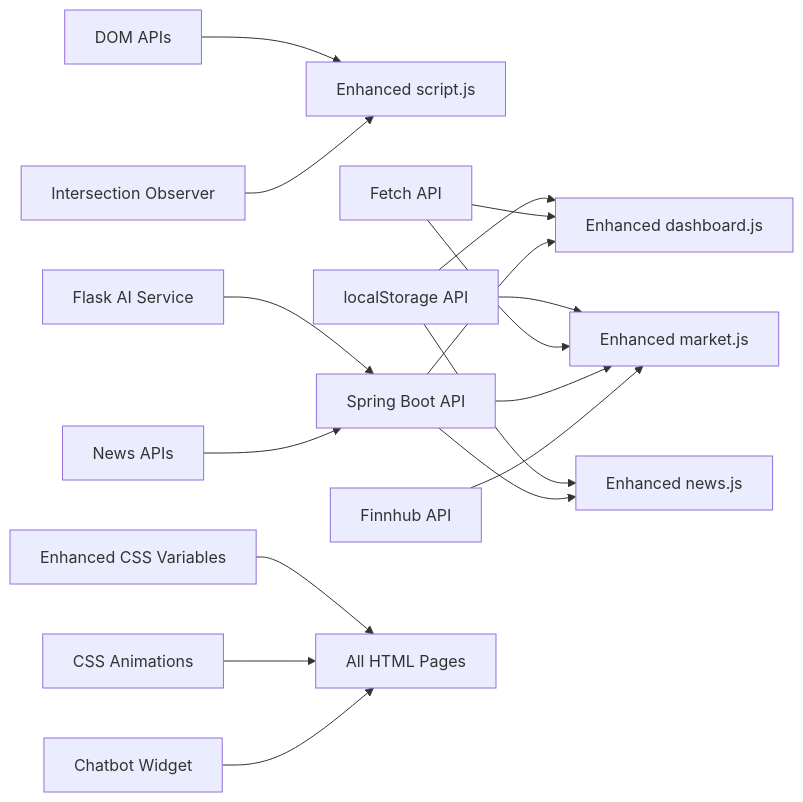
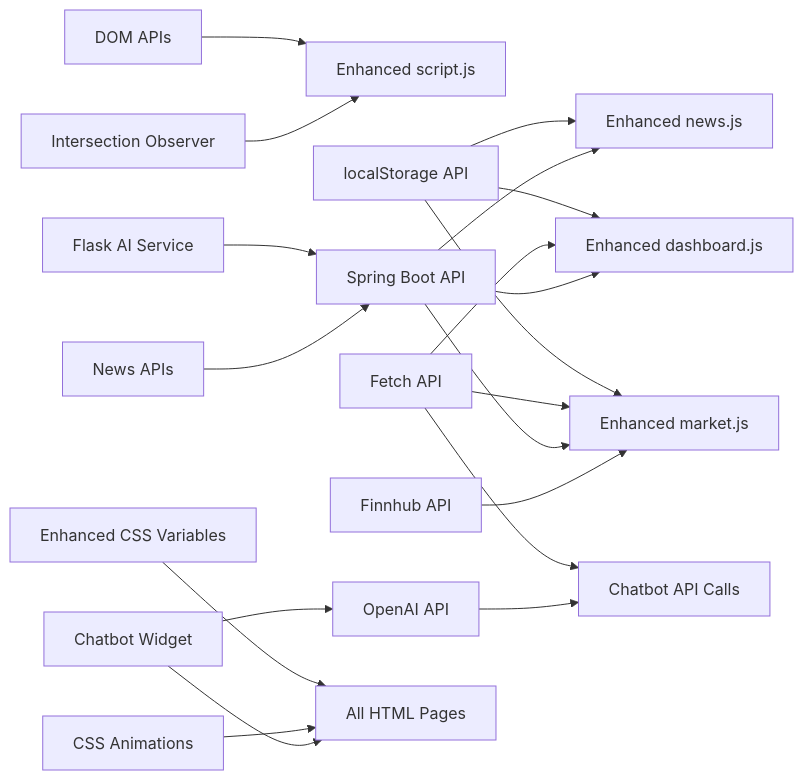
One commit to ayushtiwari1526/TheReinforcers_AyushTiwari changed the eighth of 8 diagrams in .qoder/repowiki/en/content/JavaScript Implementation.md. Above: the diagram before and after it, drawn with Mermaid. The commit also changed other lines of this file and 9 other files, not shown here.

````diff
--- a/.qoder/repowiki/en/content/JavaScript Implementation.md
+++ b/.qoder/repowiki/en/content/JavaScript Implementation.md
@@ -377,19 +426,22 @@
 ```mermaid
 graph LR
 DOM["DOM APIs"] --> Script["Enhanced script.js"]
 LocalStorage["localStorage API"] --> NewsJS["Enhanced news.js"]
 LocalStorage --> MarketJS["Enhanced market.js"]
 LocalStorage --> DashboardJS["Enhanced dashboard.js"]
 Fetch["Fetch API"] --> DashboardJS
 Fetch --> MarketJS
+Fetch --> ChatbotJS["Chatbot API Calls"]
 Backend["Spring Boot API"] --> DashboardJS
 Backend --> MarketJS
 Backend --> NewsJS
 Flask["Flask AI Service"] --> Backend
 Finnhub["Finnhub API"] --> MarketJS
 NewsAPI["News APIs"] --> Backend
+OpenAI["OpenAI API"] --> ChatbotJS
 CSSVars["Enhanced CSS Variables"] --> AllPages["All HTML Pages"]
 Animations["CSS Animations"] --> AllPages
 IntersectionObserver["Intersection Observer"] --> Script
 Chatbot["Chatbot Widget"] --> AllPages
+Chatbot --> OpenAI
 ```
````
